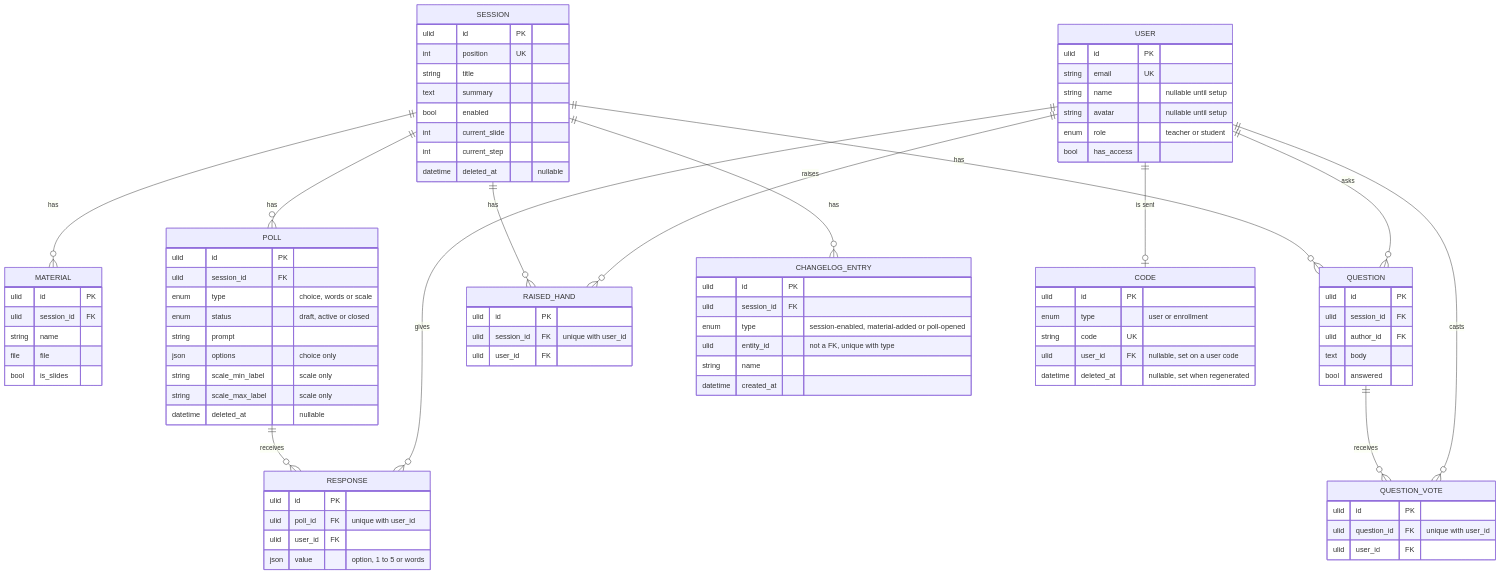
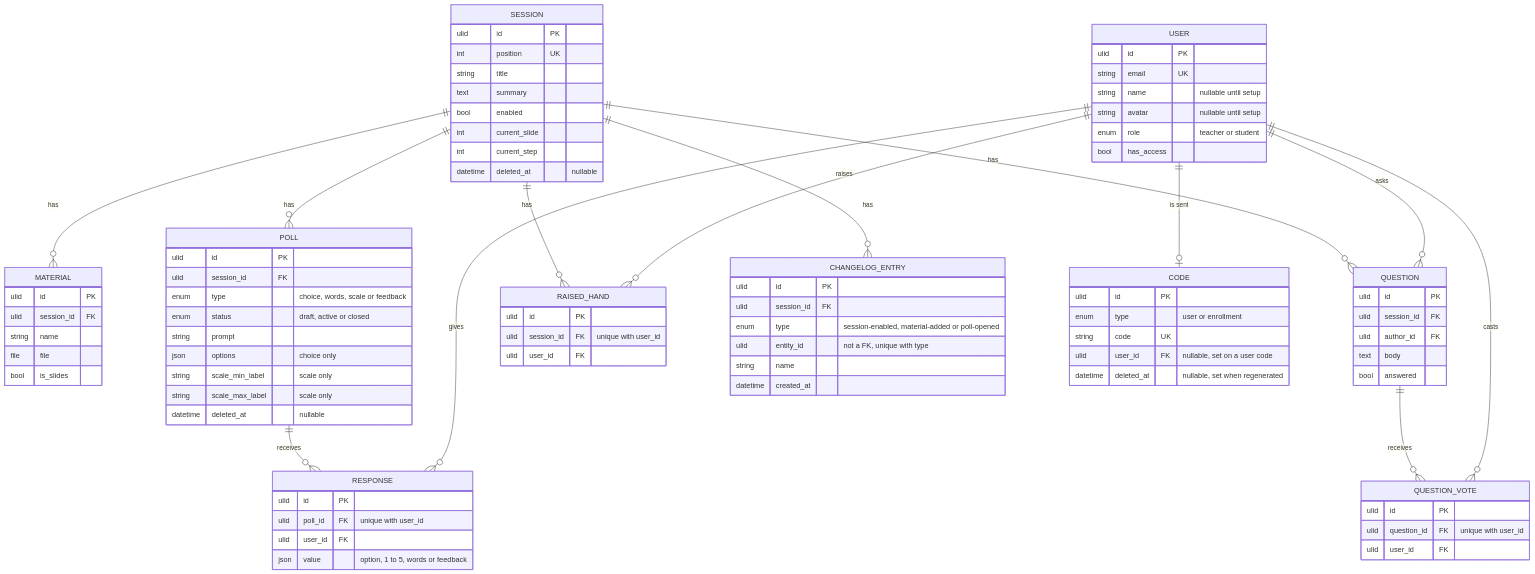
The diagram in app/docs/architecture/modelo-de-datos.md (filadd/agentic-engineering-famaf-extension-course), drawn with Mermaid before and after one commit. The commit also changed other lines of this file and 8 other files, not shown here.

```diff
--- a/app/docs/architecture/modelo-de-datos.md
+++ b/app/docs/architecture/modelo-de-datos.md
@@ -55,7 +55,7 @@
     POLL {
         ulid id PK
         ulid session_id FK
-        enum type "choice, words or scale"
+        enum type "choice, words, scale or feedback"
         enum status "draft, active or closed"
         string prompt
         json options "choice only"
@@ -67,7 +67,7 @@
         ulid id PK
         ulid poll_id FK "unique with user_id"
         ulid user_id FK
-        json value "option, 1 to 5 or words"
+        json value "option, 1 to 5, words or feedback"
     }
     QUESTION {
         ulid id PK
```
